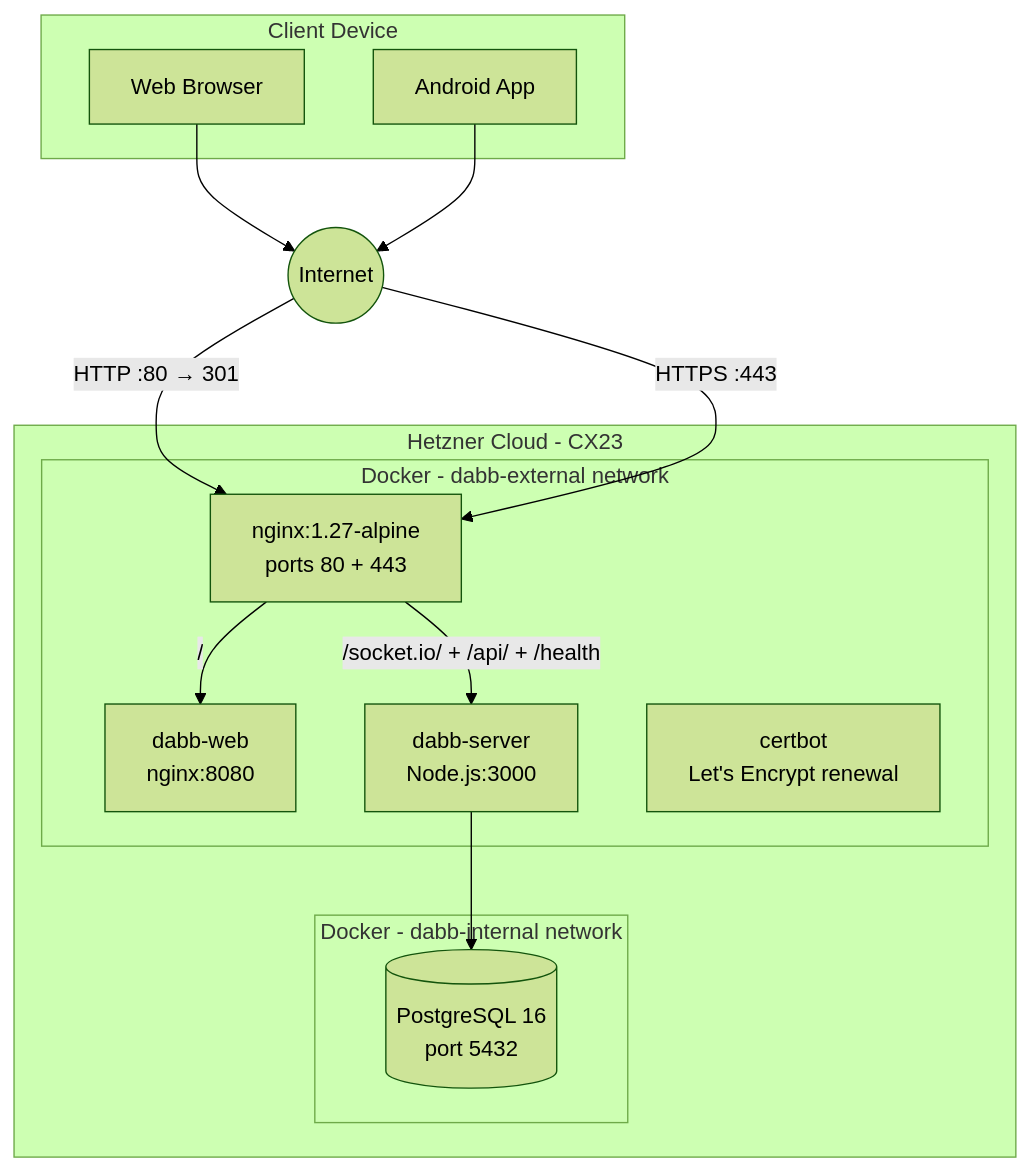
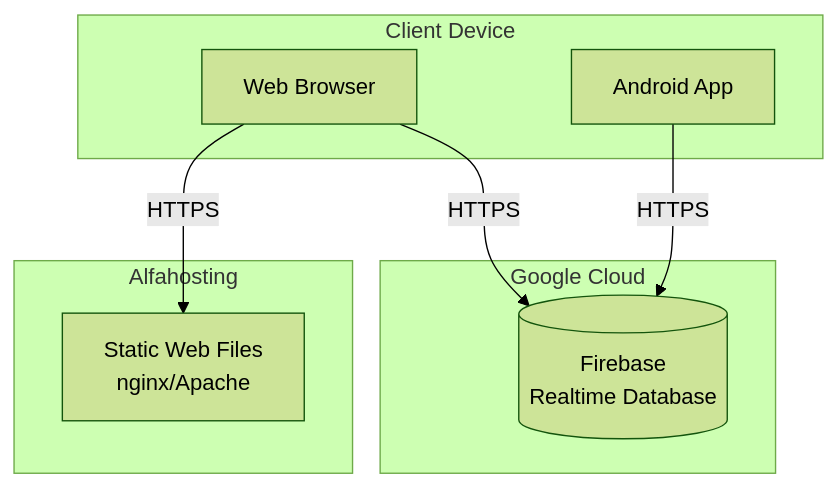
The diagram in docs/arc42/07-deployment-view.md (deglerj/dabb), drawn with Mermaid (forest theme) before and after one commit. The commit also changed other lines of this file and 18 other files, not shown here.

First line of the commit message:
docs: update docs for Firebase P2P architecture

````diff
--- a/docs/arc42/07-deployment-view.md
+++ b/docs/arc42/07-deployment-view.md
@@ -5,29 +5,19 @@
 ```mermaid
 flowchart TB
     subgraph client [Client Device]
         browser[Web Browser]
         android[Android App]
     end
 
-    internet((Internet))
-
-    subgraph hetzner [Hetzner Cloud - CX23]
-        subgraph docker [Docker - dabb-external network]
-            nginx[nginx:1.27-alpine\nports 80 + 443]
-            web[dabb-web\nnginx:8080]
-            server[dabb-server\nNode.js:3000]
-            certbot[certbot\nLet's Encrypt renewal]
-        end
-        subgraph internal [Docker - dabb-internal network]
-            db[(PostgreSQL 16\nport 5432)]
-        end
+    subgraph google [Google Cloud]
+        firebase[(Firebase\nRealtime Database)]
     end
 
-    browser --> internet
-    android --> internet
-    internet -->|"HTTP :80 → 301"| nginx
-    internet -->|"HTTPS :443"| nginx
-    nginx -->|"/socket.io/ + /api/ + /health"| server
-    nginx -->|"/"| web
-    server --> db
+    subgraph alfahosting [Alfahosting]
+        web[Static Web Files\nnginx/Apache]
+    end
+
+    browser -->|"HTTPS"| web
+    android -->|"HTTPS"| firebase
+    browser -->|"HTTPS"| firebase
 ```
````
